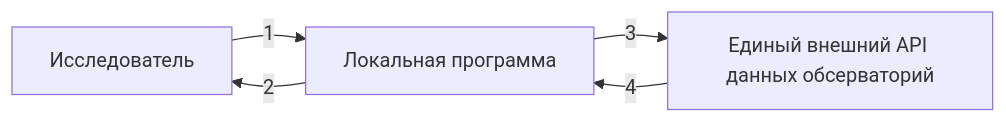
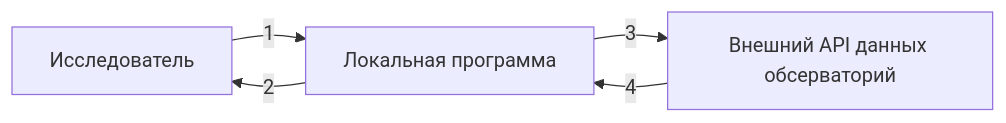
Before and after one commit to NaVi-4oK/team-amd: the first of 3 diagrams in docs/architecture.md, drawn with Mermaid.

````diff
--- a/docs/architecture.md
+++ b/docs/architecture.md
@@ -11,7 +11,7 @@
 ```mermaid
 flowchart LR
     researcher[Исследователь] -->|1| app[Локальная программа]
     app -->|2| researcher
-    app -->|3| api[Единый внешний API данных обсерваторий]
+    app -->|3| api[Внешний API данных обсерваторий]
     api -->|4| app
 ```
````
